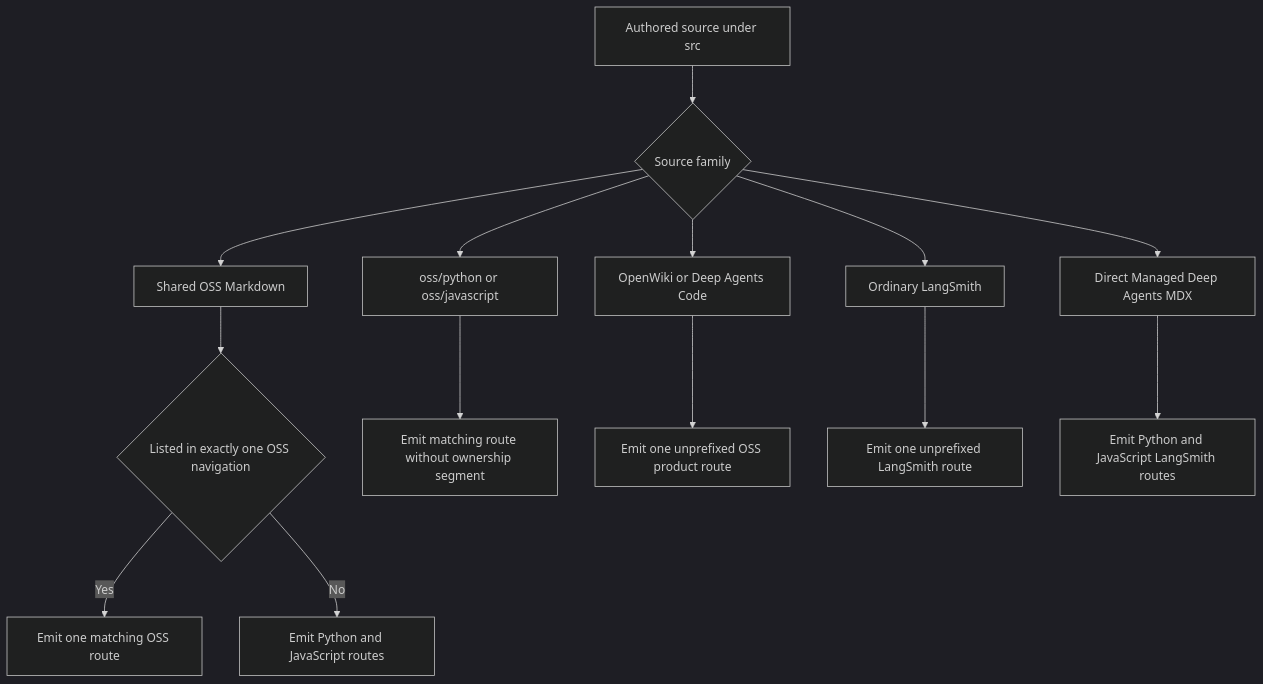
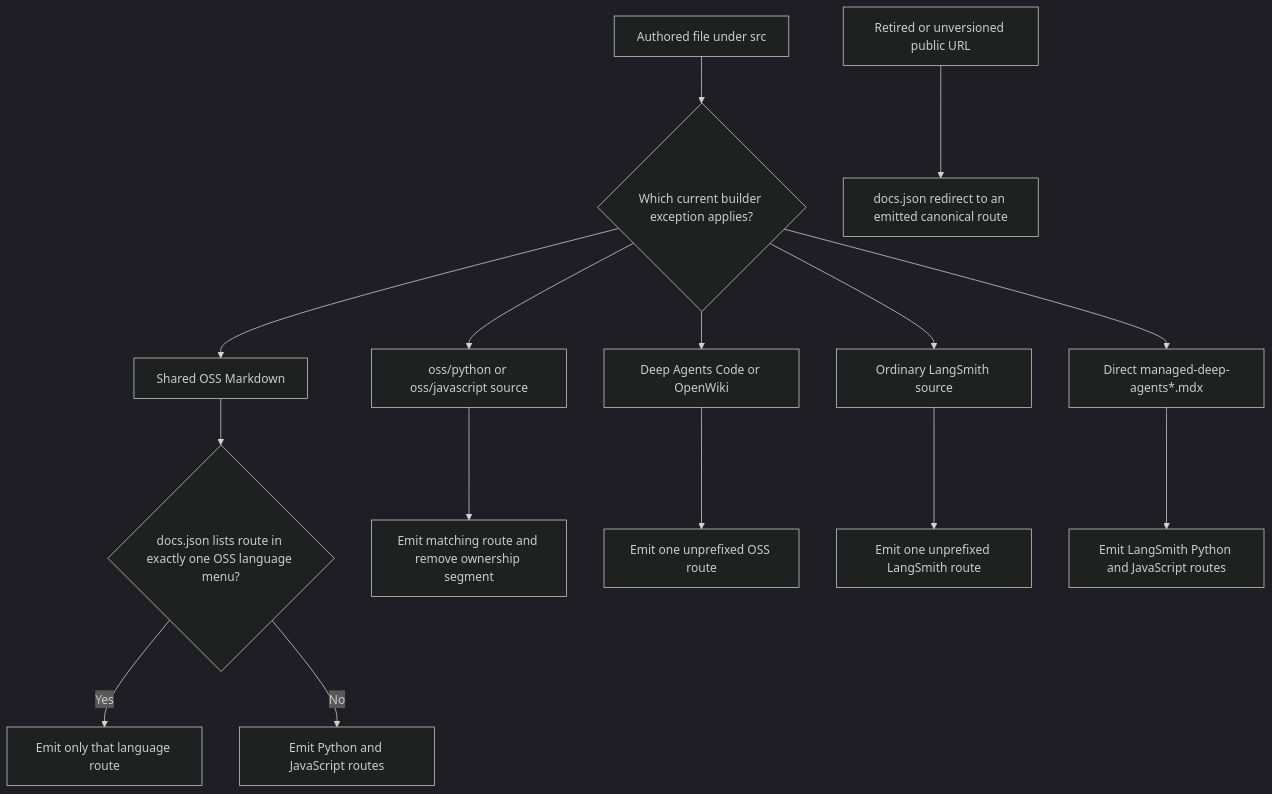
The diagram in openwiki/concepts/versioning.md (langchain-ai/docs), drawn with Mermaid (dark theme) before and after one commit. The commit also changed other lines of this file and 43 other files, not shown here.

Commit message:
docs: update OpenWiki

````diff
--- a/openwiki/concepts/versioning.md
+++ b/openwiki/concepts/versioning.md
@@ -49,16 +41,17 @@
 ```mermaid
 flowchart TD
-    Source["Authored source under src"] --> Family{"Source family"}
-    Family --> Shared["Shared OSS Markdown"]
-    Shared --> Nav{"Listed in exactly one OSS navigation"}
-    Nav -->|"Yes"| OneShared["Emit one matching OSS route"]
-    Nav -->|"No"| BothShared["Emit Python and JavaScript routes"]
-    Family --> Owned["oss/python or oss/javascript"]
-    Owned --> OwnedRoute["Emit matching route without ownership segment"]
-    Family --> Product["OpenWiki or Deep Agents Code"]
-    Product --> PlainProduct["Emit one unprefixed OSS product route"]
-    Family --> Ordinary["Ordinary LangSmith"]
-    Ordinary --> PlainLangSmith["Emit one unprefixed LangSmith route"]
-    Family --> Managed["Direct Managed Deep Agents MDX"]
-    Managed --> ManagedRoutes["Emit Python and JavaScript LangSmith routes"]
+    Source["Authored file under src"] --> Classify{"Which current builder exception applies?"}
+    Classify --> Shared["Shared OSS Markdown"]
+    Shared --> Nav{"docs.json lists route in exactly one OSS language menu?"}
+    Nav -->|"Yes"| One["Emit only that language route"]
+    Nav -->|"No"| Both["Emit Python and JavaScript routes"]
+    Classify --> Owned["oss/python or oss/javascript source"]
+    Owned --> OwnedRoute["Emit matching route and remove ownership segment"]
+    Classify --> Unversioned["Deep Agents Code or OpenWiki"]
+    Unversioned --> ProductRoute["Emit one unprefixed OSS route"]
+    Classify --> Langsmith["Ordinary LangSmith source"]
+    Langsmith --> PlainRoute["Emit one unprefixed LangSmith route"]
+    Classify --> Managed["Direct managed-deep-agents*.mdx"]
+    Managed --> ManagedRoute["Emit LangSmith Python and JavaScript routes"]
+    Retired["Retired or unversioned public URL"] --> Redirect["docs.json redirect to an emitted canonical route"]
 ```
````
